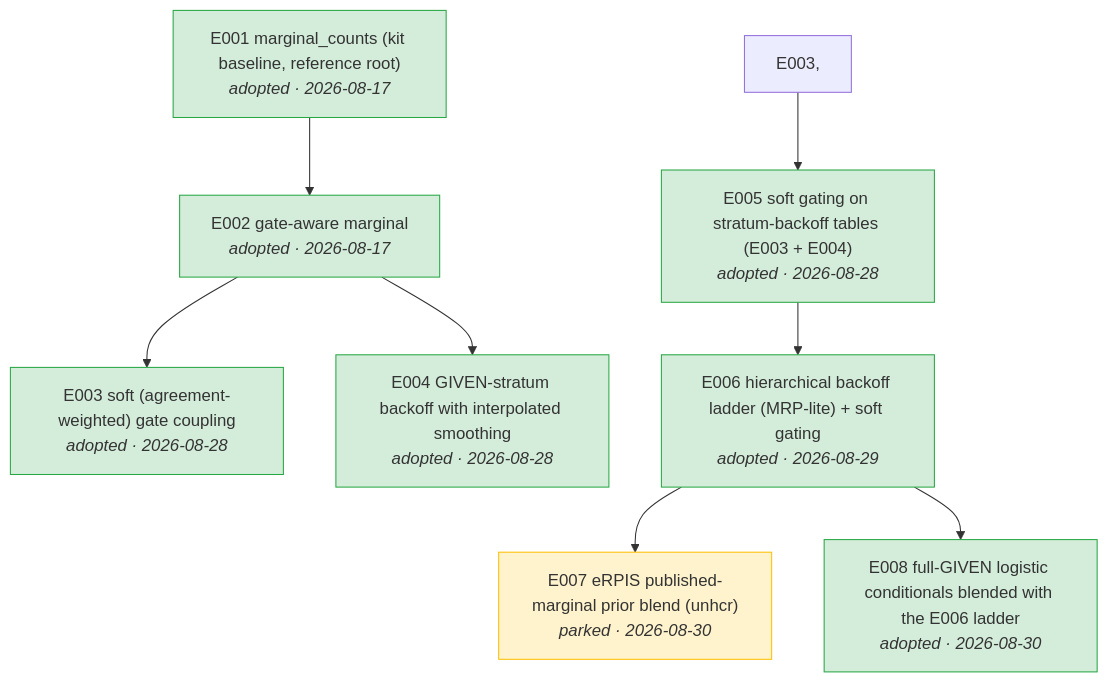
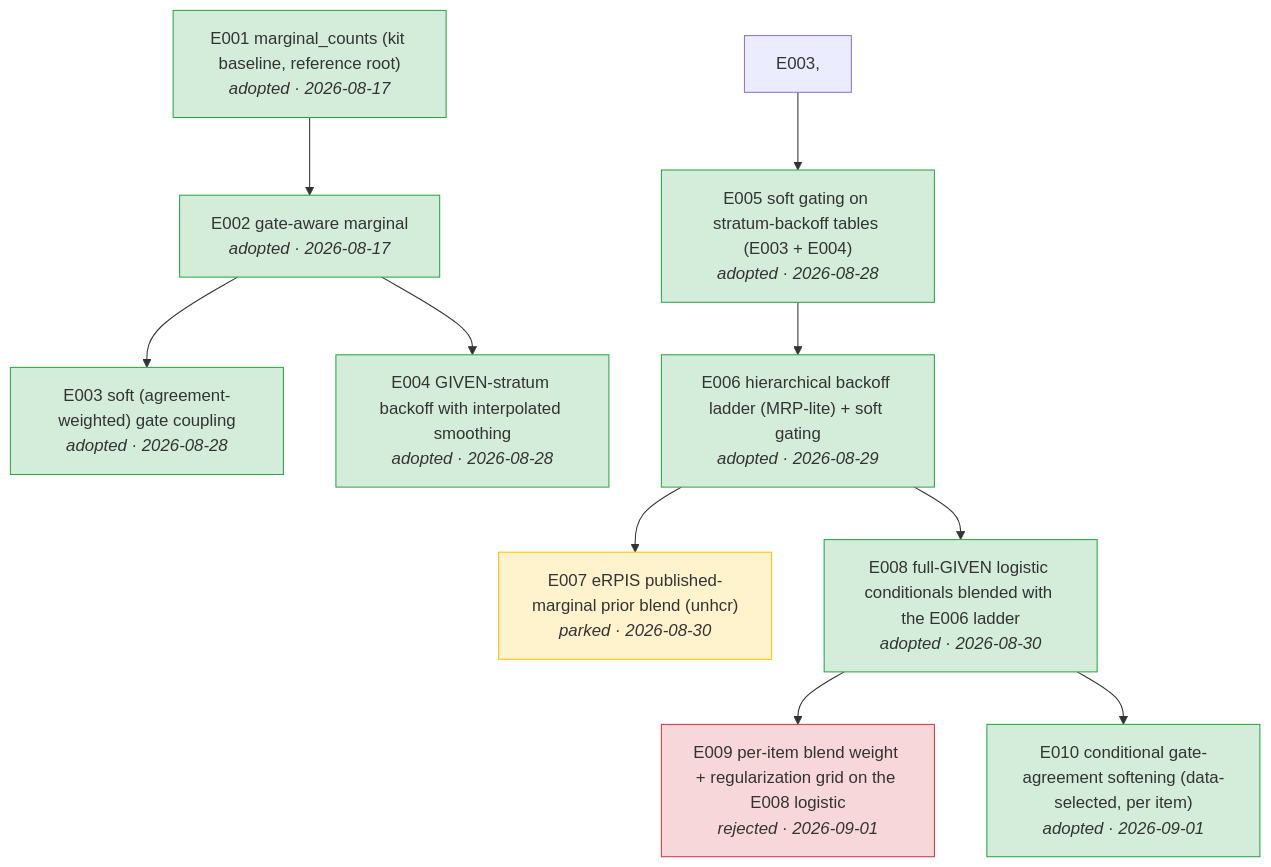
The diagram in docs/tree.md (joon56/Simulacrabench-NeurIPS-2026-), drawn with Mermaid before and after one commit. The commit also changed 9 other files, not shown here.

First line of the commit message:
E009: rejected (+0.0013 < threshold); E010: conditional gate-agreement, submission #5

````diff
--- a/docs/tree.md
+++ b/docs/tree.md
@@ -5,22 +5,28 @@
 ```mermaid
 flowchart TD
     E001["E001 marginal_counts (kit baseline, reference root)<br/><i>adopted · 2026-08-17</i>"]
     E002["E002 gate-aware marginal<br/><i>adopted · 2026-08-17</i>"]
     E001 --> E002
     E003["E003 soft (agreement-weighted) gate coupling<br/><i>adopted · 2026-08-28</i>"]
     E002 --> E003
     E004["E004 GIVEN-stratum backoff with interpolated smoothing<br/><i>adopted · 2026-08-28</i>"]
     E002 --> E004
     E005["E005 soft gating on stratum-backoff tables (E003 + E004)<br/><i>adopted · 2026-08-28</i>"]
     E003, --> E005
     E006["E006 hierarchical backoff ladder (MRP-lite) + soft gating<br/><i>adopted · 2026-08-29</i>"]
     E005 --> E006
     E007["E007 eRPIS published-marginal prior blend (unhcr)<br/><i>parked · 2026-08-30</i>"]
     E006 --> E007
     E008["E008 full-GIVEN logistic conditionals blended with the E006 ladder<br/><i>adopted · 2026-08-30</i>"]
     E006 --> E008
+    E009["E009 per-item blend weight + regularization grid on the E008 logistic<br/><i>rejected · 2026-09-01</i>"]
+    E008 --> E009
+    E010["E010 conditional gate-agreement softening (data-selected, per item)<br/><i>adopted · 2026-09-01</i>"]
+    E008 --> E010
     classDef adopted fill:#d4edda,stroke:#28a745
-    class E001,E002,E003,E004,E005,E006,E008 adopted
+    class E001,E002,E003,E004,E005,E006,E008,E010 adopted
+    classDef rejected fill:#f8d7da,stroke:#dc3545
+    class E009 rejected
     classDef parked fill:#fff3cd,stroke:#ffc107
     class E007 parked
 ```
````
